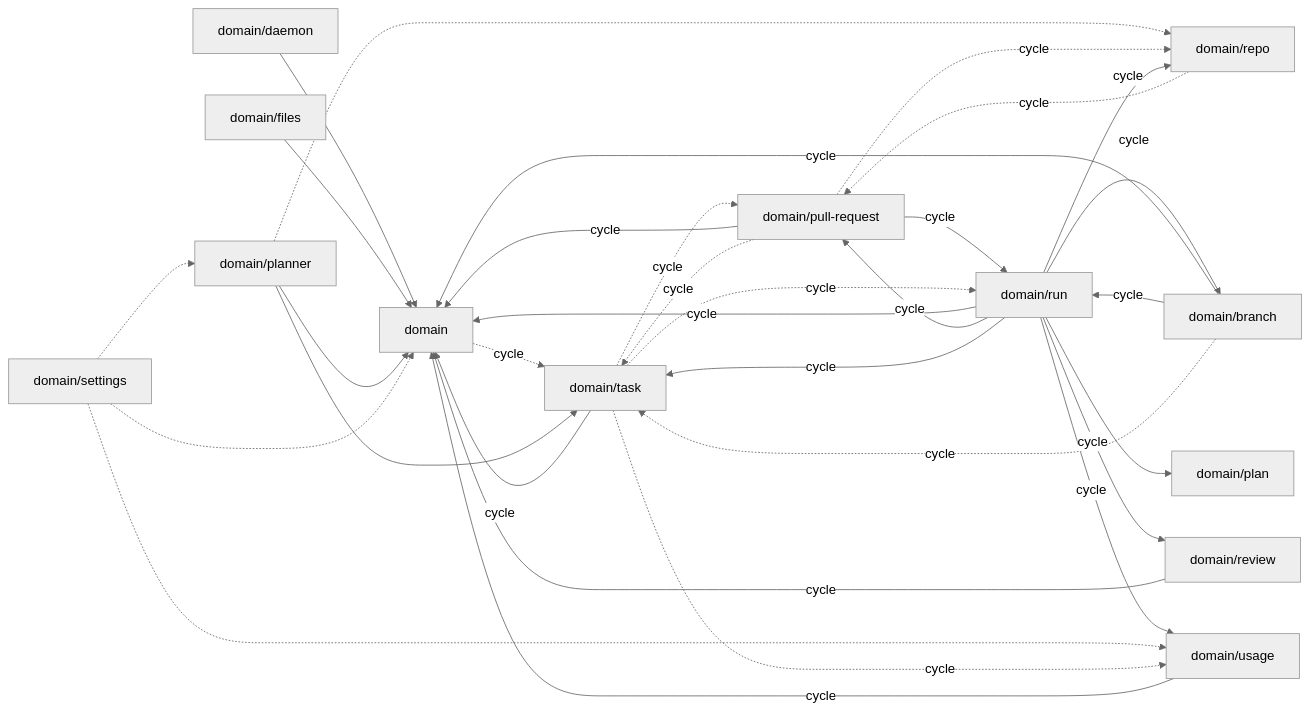
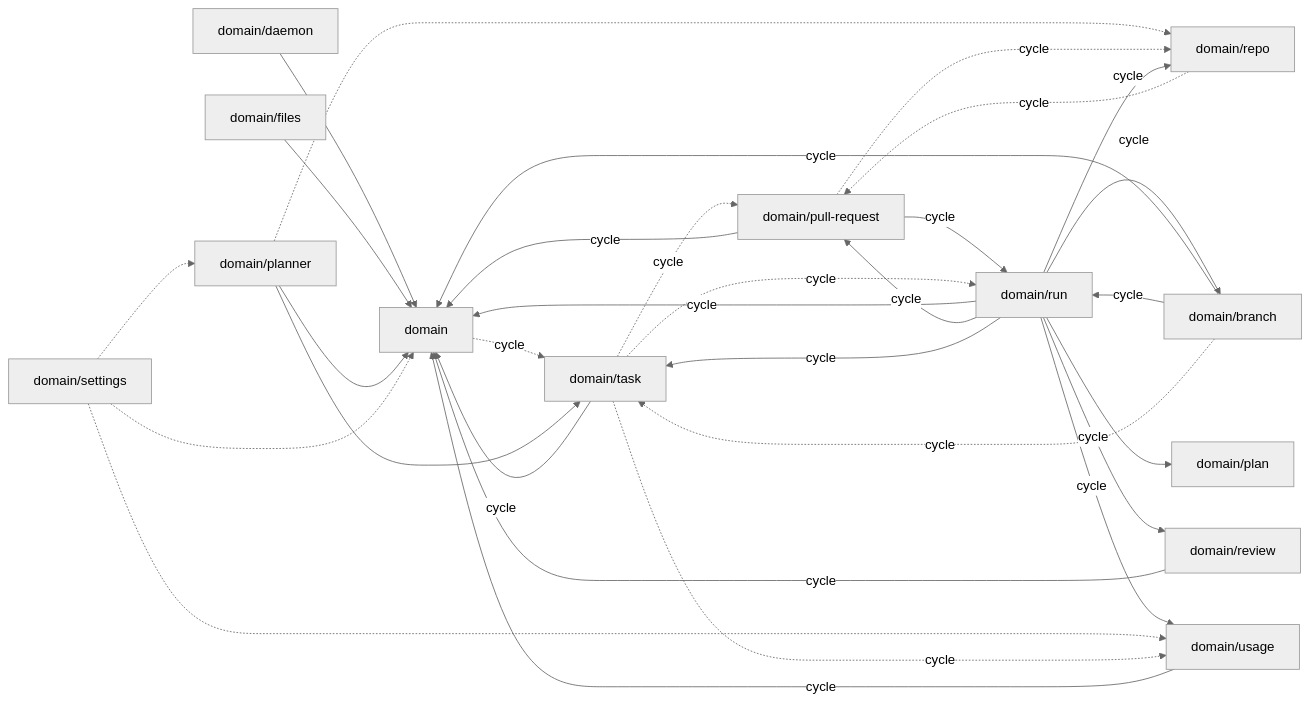
The diagram in docs/reference/context-map.md (tomrobdev/agentdeck), drawn with Mermaid (neutral theme) before and after one commit. The commit also changed 14 other files, not shown here.

First line of the commit message:
The PullRequest value

````diff
--- a/docs/reference/context-map.md
+++ b/docs/reference/context-map.md
@@ -7,47 +7,46 @@
 ```mermaid
 flowchart LR
   domain["domain"]
   domain_branch["domain/branch"]
   domain_daemon["domain/daemon"]
   domain_files["domain/files"]
   domain_plan["domain/plan"]
   domain_planner["domain/planner"]
   domain_pull_request["domain/pull-request"]
   domain_repo["domain/repo"]
   domain_review["domain/review"]
   domain_run["domain/run"]
   domain_settings["domain/settings"]
   domain_task["domain/task"]
   domain_usage["domain/usage"]
   domain -.->|cycle| domain_task
   domain_branch -->|cycle| domain
   domain_branch -->|cycle| domain_run
   domain_branch -.->|cycle| domain_task
   domain_daemon --> domain
   domain_files --> domain
   domain_planner --> domain
   domain_planner -.-> domain_repo
   domain_planner --> domain_task
   domain_pull_request -->|cycle| domain
   domain_pull_request -.->|cycle| domain_repo
   domain_pull_request -->|cycle| domain_run
-  domain_pull_request -.->|cycle| domain_task
   domain_repo -.->|cycle| domain_pull_request
   domain_review -->|cycle| domain
   domain_run -->|cycle| domain
   domain_run -->|cycle| domain_branch
   domain_run --> domain_plan
   domain_run -->|cycle| domain_pull_request
   domain_run -->|cycle| domain_repo
   domain_run -->|cycle| domain_review
   domain_run -->|cycle| domain_task
   domain_run -->|cycle| domain_usage
   domain_settings -.-> domain
   domain_settings -.-> domain_planner
   domain_settings -.-> domain_usage
   domain_task -->|cycle| domain
   domain_task -.->|cycle| domain_pull_request
   domain_task -.->|cycle| domain_run
   domain_task -.->|cycle| domain_usage
   domain_usage -->|cycle| domain
 ```
````
